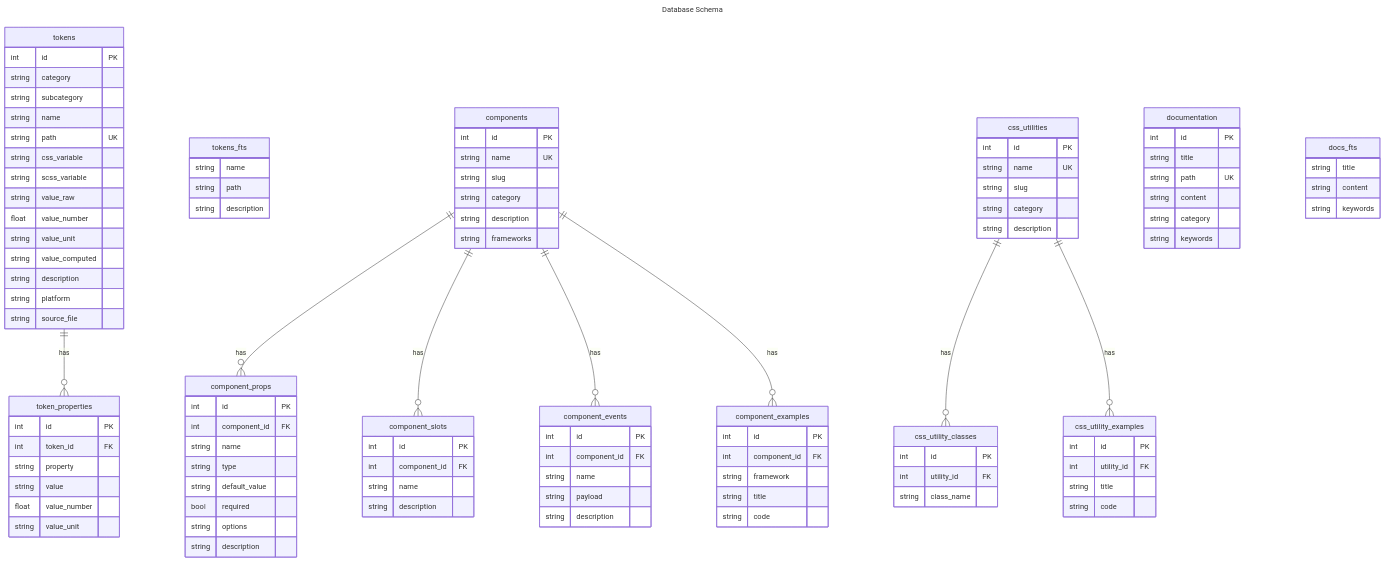
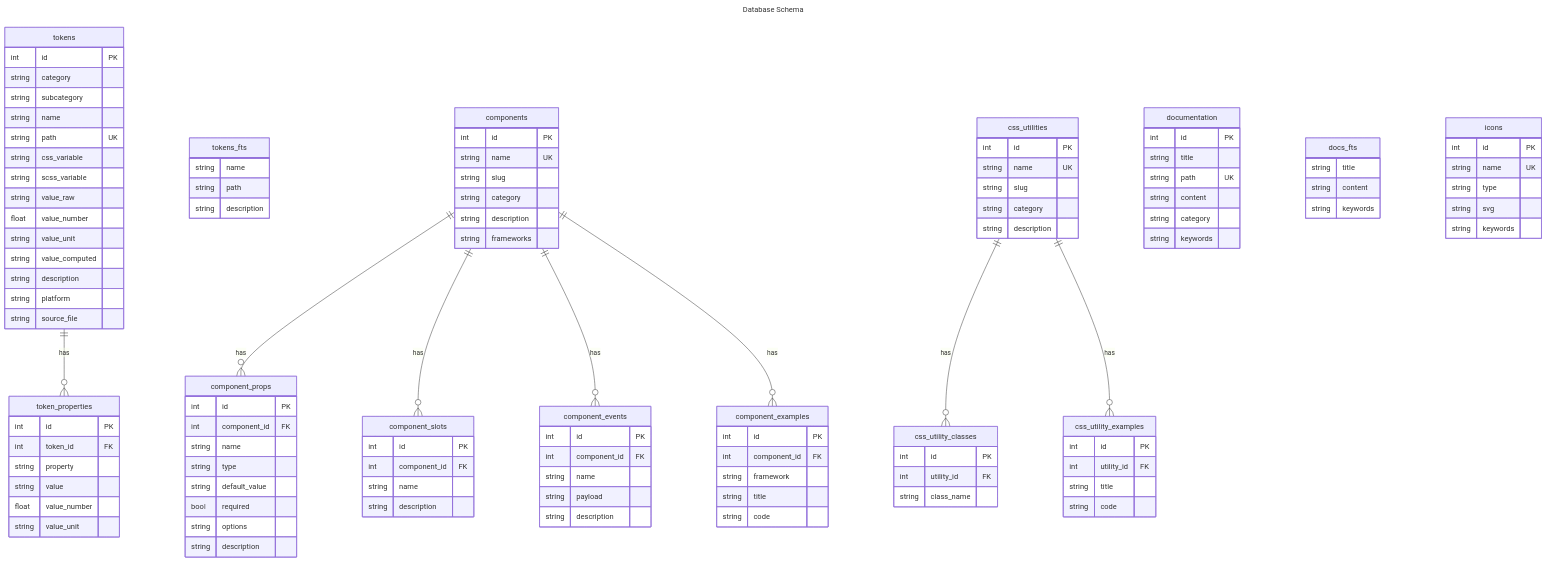
Before and after one commit to MerzoukeMansouri/adeo-mozaic-mcp: the diagram in docs/assets/schema.mmd, drawn with Mermaid. The commit also changed 12 other files, not shown here.

```diff
--- a/docs/assets/schema.mmd
+++ b/docs/assets/schema.mmd
@@ -1,122 +1,130 @@
 ---
 title: Database Schema
 ---
 erDiagram
     tokens {
         int id PK
         string category
         string subcategory
         string name
         string path UK
         string css_variable
         string scss_variable
         string value_raw
         float value_number
         string value_unit
         string value_computed
         string description
         string platform
         string source_file
     }
 
     token_properties {
         int id PK
         int token_id FK
         string property
         string value
         float value_number
         string value_unit
     }
 
     tokens_fts {
         string name
         string path
         string description
     }
 
     components {
         int id PK
         string name UK
         string slug
         string category
         string description
         string frameworks
     }
 
     component_props {
         int id PK
         int component_id FK
         string name
         string type
         string default_value
         bool required
         string options
         string description
     }
 
     component_slots {
         int id PK
         int component_id FK
         string name
         string description
     }
 
     component_events {
         int id PK
         int component_id FK
         string name
         string payload
         string description
     }
 
     component_examples {
         int id PK
         int component_id FK
         string framework
         string title
         string code
     }
 
     css_utilities {
         int id PK
         string name UK
         string slug
         string category
         string description
     }
 
     css_utility_classes {
         int id PK
         int utility_id FK
         string class_name
     }
 
     css_utility_examples {
         int id PK
         int utility_id FK
         string title
         string code
     }
 
     documentation {
         int id PK
         string title
         string path UK
         string content
         string category
         string keywords
     }
 
     docs_fts {
         string title
         string content
         string keywords
     }
 
+    icons {
+        int id PK
+        string name UK
+        string type
+        string svg
+        string keywords
+    }
+
     tokens ||--o{ token_properties : has
     components ||--o{ component_props : has
     components ||--o{ component_slots : has
     components ||--o{ component_events : has
     components ||--o{ component_examples : has
     css_utilities ||--o{ css_utility_classes : has
     css_utilities ||--o{ css_utility_examples : has
```
